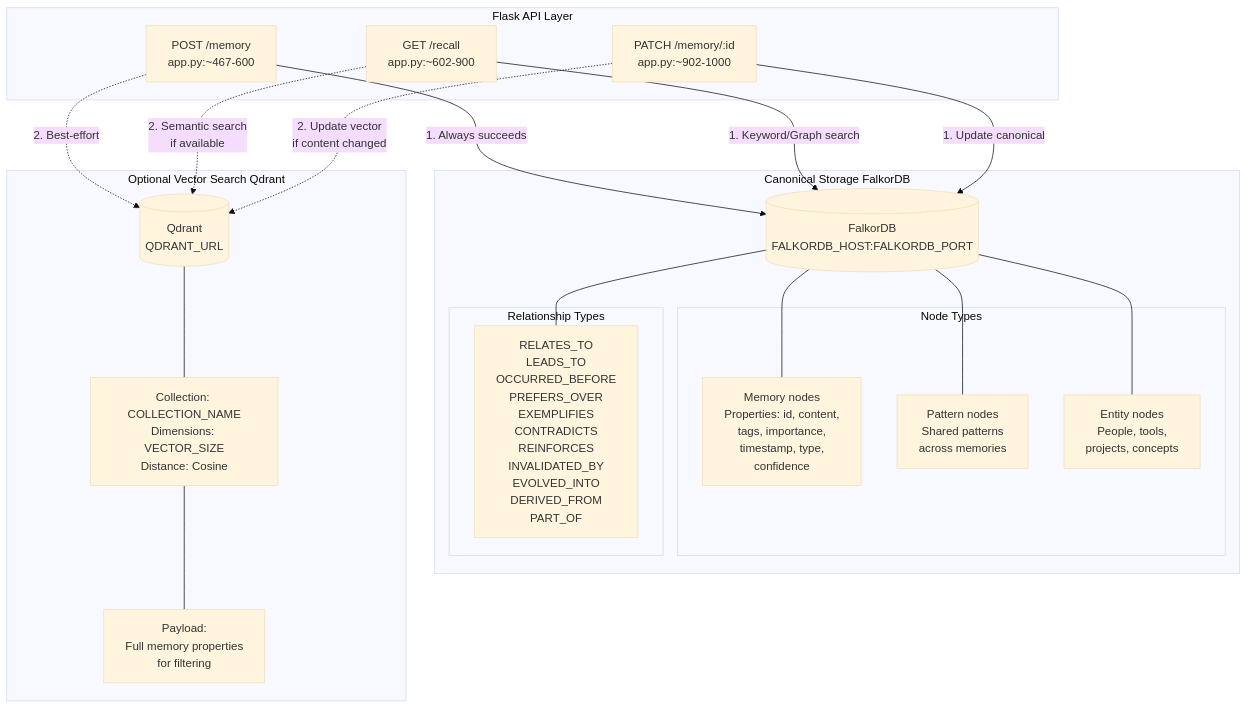
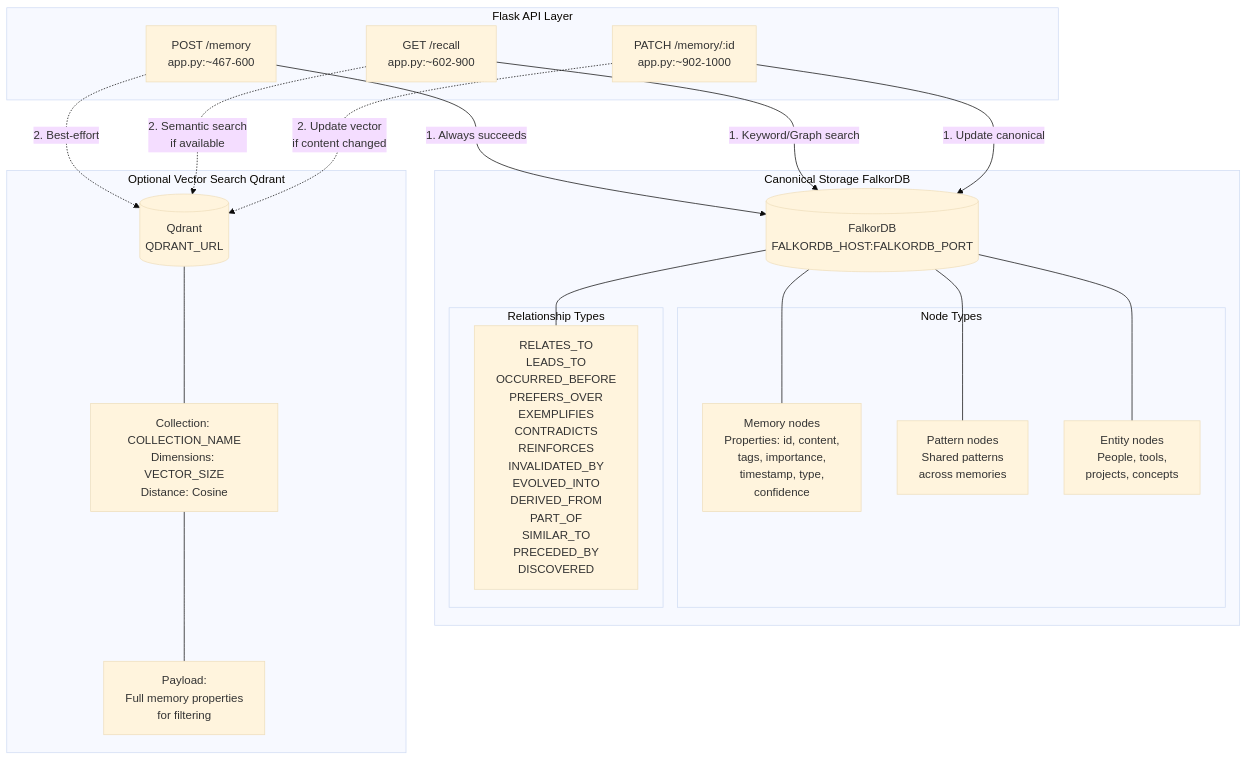
Before and after one commit to verygoodplugins/automem-website: the diagram in src/content/docs/docs/architecture/data-stores.md, drawn with Mermaid (base theme). The commit also changed other lines of this file and 52 other files, not shown here.

````diff
--- a/src/content/docs/docs/architecture/data-stores.md
+++ b/src/content/docs/docs/architecture/data-stores.md
@@ -29,45 +29,45 @@
 ```mermaid
 graph TB
     subgraph api["Flask API Layer"]
         StoreMemory["POST /memory<br/>app.py:~467-600"]
         RecallMemory["GET /recall<br/>app.py:~602-900"]
         UpdateMemory["PATCH /memory/:id<br/>app.py:~902-1000"]
     end
 
     subgraph canonical["Canonical Storage FalkorDB"]
         GraphDB[("FalkorDB<br/>FALKORDB_HOST:FALKORDB_PORT")]
 
         subgraph nodes["Node Types"]
             MemoryNode["Memory nodes<br/>Properties: id, content,<br/>tags, importance,<br/>timestamp, type,<br/>confidence"]
             PatternNode["Pattern nodes<br/>Shared patterns<br/>across memories"]
             EntityNode["Entity nodes<br/>People, tools,<br/>projects, concepts"]
         end
 
         subgraph edges["Relationship Types"]
-            RelTypes["RELATES_TO<br/>LEADS_TO<br/>OCCURRED_BEFORE<br/>PREFERS_OVER<br/>EXEMPLIFIES<br/>CONTRADICTS<br/>REINFORCES<br/>INVALIDATED_BY<br/>EVOLVED_INTO<br/>DERIVED_FROM<br/>PART_OF"]
+            RelTypes["RELATES_TO<br/>LEADS_TO<br/>OCCURRED_BEFORE<br/>PREFERS_OVER<br/>EXEMPLIFIES<br/>CONTRADICTS<br/>REINFORCES<br/>INVALIDATED_BY<br/>EVOLVED_INTO<br/>DERIVED_FROM<br/>PART_OF<br/>SIMILAR_TO<br/>PRECEDED_BY<br/>DISCOVERED"]
         end
     end
 
     subgraph optional["Optional Vector Search Qdrant"]
         VectorDB[("Qdrant<br/>QDRANT_URL")]
         Collection["Collection: COLLECTION_NAME<br/>Dimensions: VECTOR_SIZE<br/>Distance: Cosine"]
         Payload["Payload:<br/>Full memory properties<br/>for filtering"]
     end
 
     StoreMemory -->|"1. Always succeeds"| GraphDB
     StoreMemory -.->|"2. Best-effort"| VectorDB
 
     RecallMemory -->|"1. Keyword/Graph search"| GraphDB
     RecallMemory -.->|"2. Semantic search<br/>if available"| VectorDB
 
     UpdateMemory -->|"1. Update canonical"| GraphDB
     UpdateMemory -.->|"2. Update vector<br/>if content changed"| VectorDB
 
     GraphDB --- MemoryNode
     GraphDB --- PatternNode
     GraphDB --- EntityNode
     GraphDB --- RelTypes
 
     VectorDB --- Collection
     Collection --- Payload
 ```
````
